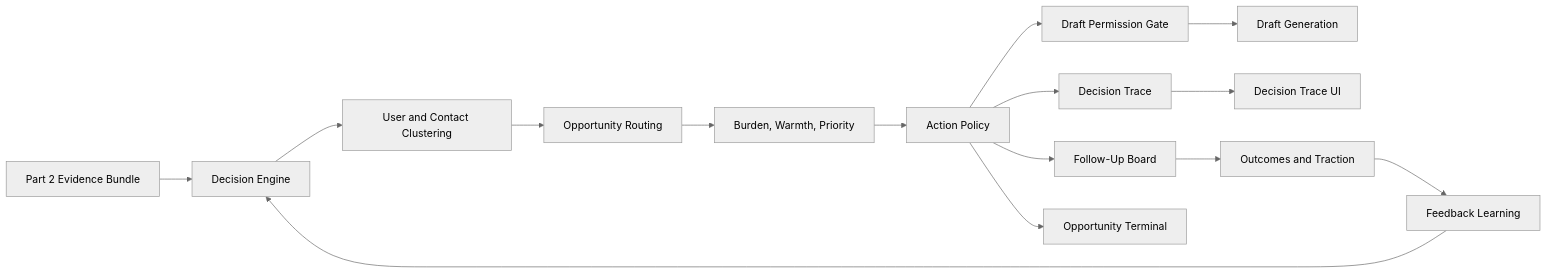
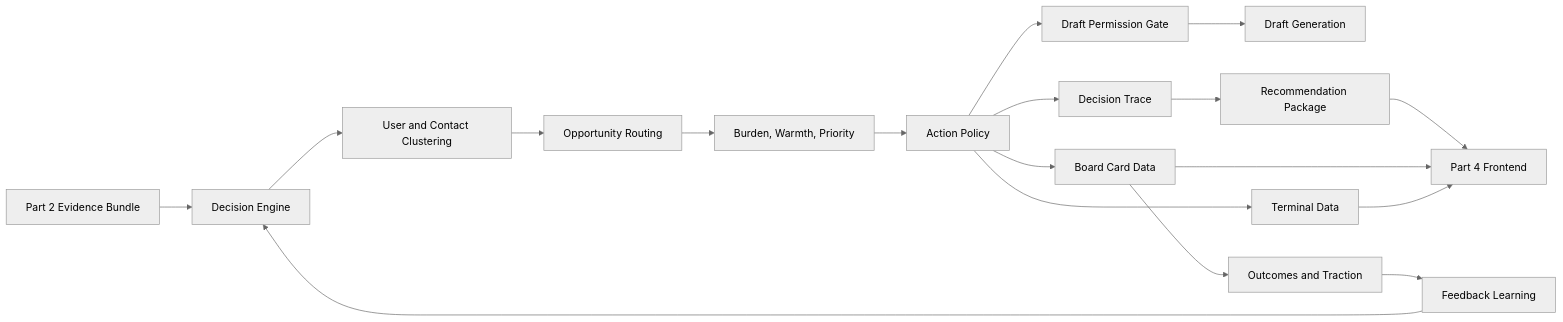
The first of 2 diagrams in docs/intelligence-layer-part-3-decision-action-experience-sdd.md (amalia020/Aftermeet), drawn with Mermaid (neutral theme) before and after one commit. The commit also changed other lines of this file and 7 other files, not shown here.

````diff
--- a/docs/intelligence-layer-part-3-decision-action-experience-sdd.md
+++ b/docs/intelligence-layer-part-3-decision-action-experience-sdd.md
@@ -120,17 +113,20 @@
 ```mermaid
 flowchart LR
   P2[Part 2 Evidence Bundle] --> Decision[Decision Engine]
   Decision --> Clusters[User and Contact Clustering]
   Clusters --> Routes[Opportunity Routing]
   Routes --> Scores[Burden, Warmth, Priority]
   Scores --> Policy[Action Policy]
   Policy --> Gate[Draft Permission Gate]
   Gate --> Draft[Draft Generation]
   Policy --> Trace[Decision Trace]
-  Trace --> UI[Decision Trace UI]
-  Policy --> Board[Follow-Up Board]
-  Policy --> Terminal[Opportunity Terminal]
-  Board --> Outcomes[Outcomes and Traction]
+  Trace --> Package[Recommendation Package]
+  Policy --> BoardData[Board Card Data]
+  Policy --> TerminalData[Terminal Data]
+  BoardData --> Outcomes[Outcomes and Traction]
   Outcomes --> Feedback[Feedback Learning]
   Feedback --> Decision
+  Package --> Part4[Part 4 Frontend]
+  BoardData --> Part4
+  TerminalData --> Part4
 ```
````
